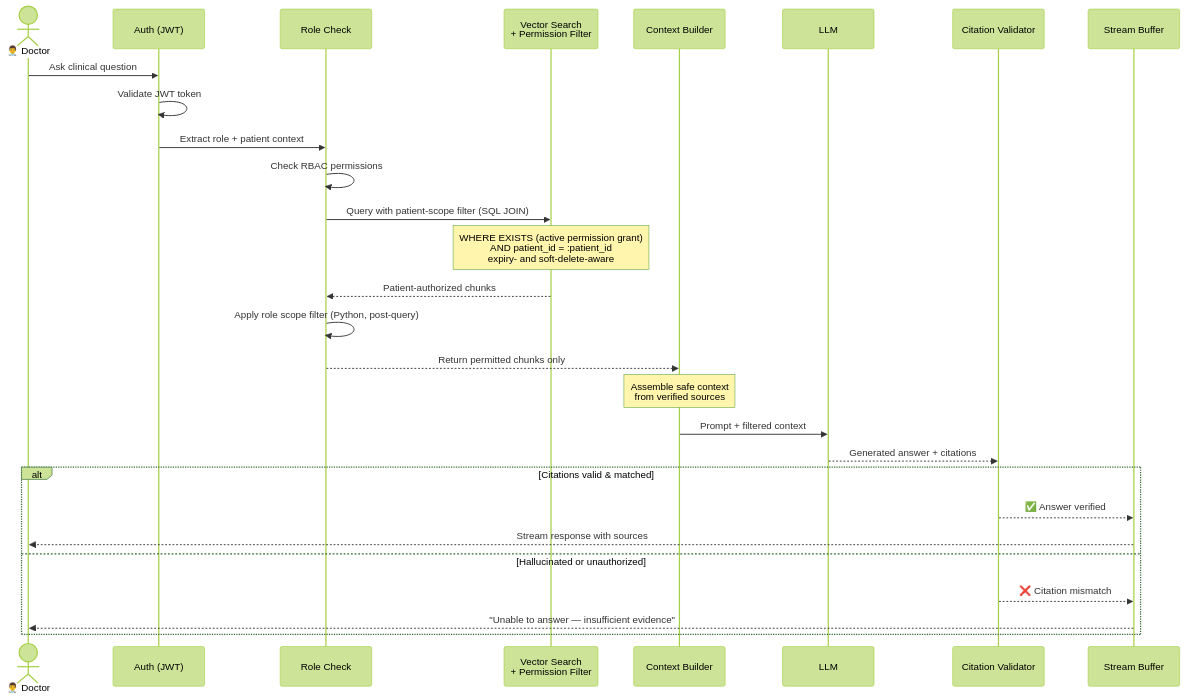
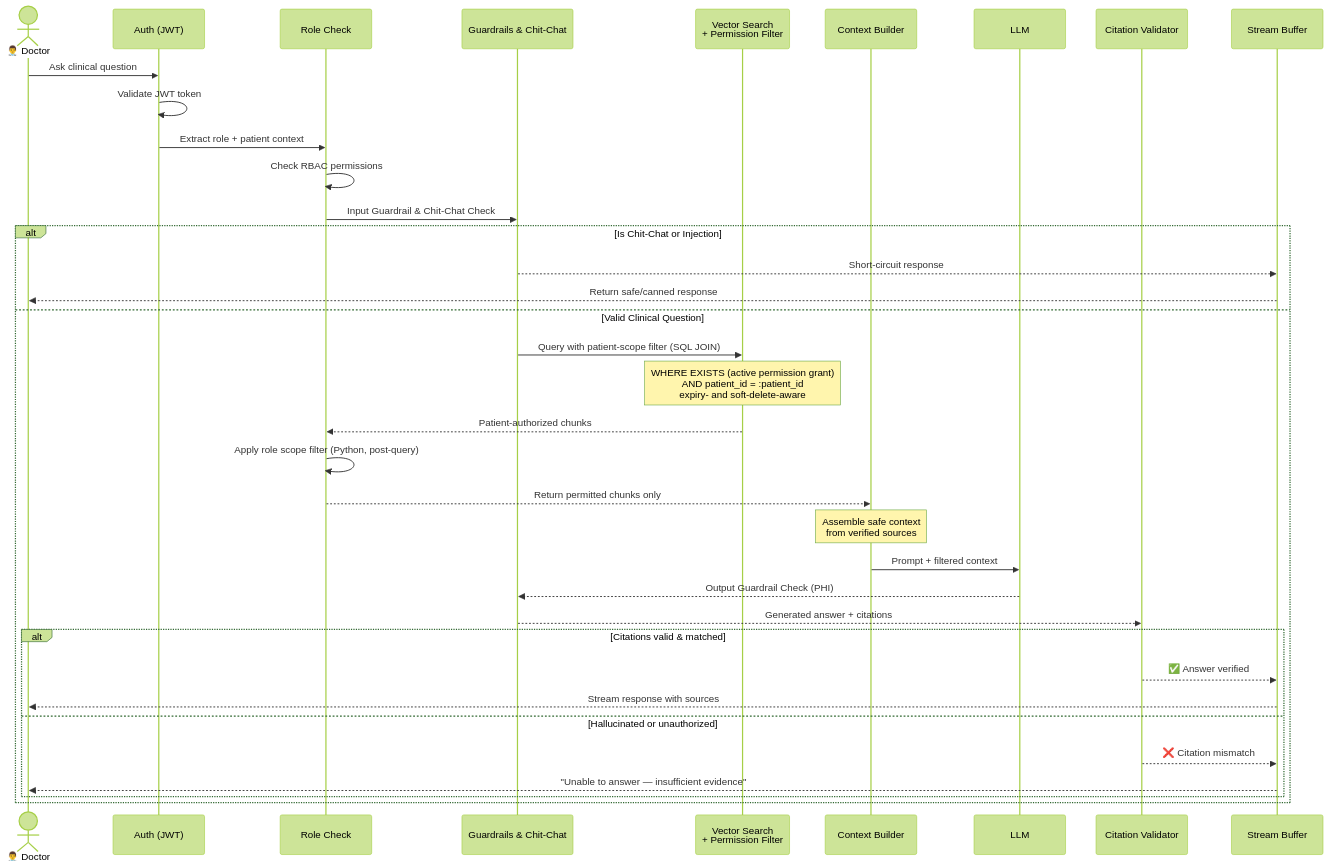
Before and after one commit to qwan30/chat-hospital-system: the second of 8 diagrams in README.md, drawn with Mermaid (forest theme). The commit also changed other lines of this file, not shown here.

````diff
--- a/README.md
+++ b/README.md
@@ -178,36 +178,44 @@
 ```mermaid
 sequenceDiagram
     actor D as 👨‍⚕️ Doctor
     participant A as Auth (JWT)
     participant R as Role Check
+    participant G as Guardrails & Chit-Chat
     participant V as Vector Search<br/>+ Permission Filter
     participant C as Context Builder
     participant L as LLM
     participant CV as Citation Validator
     participant S as Stream Buffer
 
     D->>A: Ask clinical question
     A->>A: Validate JWT token
     A->>R: Extract role + patient context
     R->>R: Check RBAC permissions
-    R->>V: Query with patient-scope filter (SQL JOIN)
+    R->>G: Input Guardrail & Chit-Chat Check
+    alt Is Chit-Chat or Injection
+        G-->>S: Short-circuit response
+        S-->>D: Return safe/canned response
+    else Valid Clinical Question
+        G->>V: Query with patient-scope filter (SQL JOIN)
 
-    Note over V: WHERE EXISTS (active permission grant)<br/>AND patient_id = :patient_id<br/>expiry- and soft-delete-aware
+        Note over V: WHERE EXISTS (active permission grant)<br/>AND patient_id = :patient_id<br/>expiry- and soft-delete-aware
 
-    V-->>R: Patient-authorized chunks
-    R->>R: Apply role scope filter (Python, post-query)
-    R-->>C: Return permitted chunks only
+        V-->>R: Patient-authorized chunks
+        R->>R: Apply role scope filter (Python, post-query)
+        R-->>C: Return permitted chunks only
 
-    Note over C: Assemble safe context<br/>from verified sources
+        Note over C: Assemble safe context<br/>from verified sources
 
-    C->>L: Prompt + filtered context
-    L-->>CV: Generated answer + citations
+        C->>L: Prompt + filtered context
+        L-->>G: Output Guardrail Check (PHI)
+        G-->>CV: Generated answer + citations
 
-    alt Citations valid & matched
-        CV-->>S: ✅ Answer verified
-        S-->>D: Stream response with sources
-    else Hallucinated or unauthorized
-        CV-->>S: ❌ Citation mismatch
-        S-->>D: "Unable to answer — insufficient evidence"
+        alt Citations valid & matched
+            CV-->>S: ✅ Answer verified
+            S-->>D: Stream response with sources
+        else Hallucinated or unauthorized
+            CV-->>S: ❌ Citation mismatch
+            S-->>D: "Unable to answer — insufficient evidence"
+        end
     end
 ```
````
